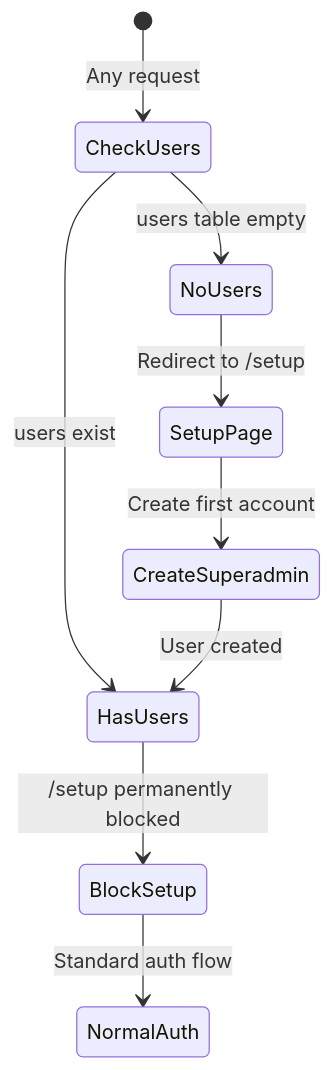
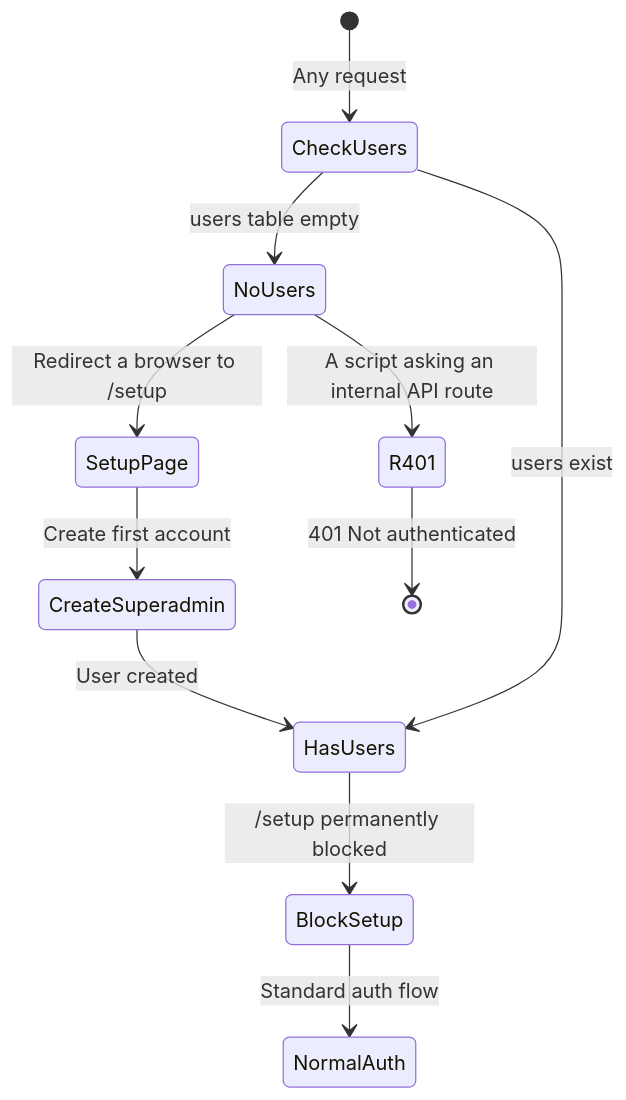
Before and after one commit to gitBoon/DumpFire: diagram 19 of 19 in docs/authentication-security.md, drawn with Mermaid. The commit also changed other lines of this file and 317 other files, not shown here.

````diff
--- a/docs/authentication-security.md
+++ b/docs/authentication-security.md
@@ -167,11 +1579,13 @@
 ```mermaid
 stateDiagram-v2
     [*] --> CheckUsers : Any request
     CheckUsers --> NoUsers : users table empty
     CheckUsers --> HasUsers : users exist
-    NoUsers --> SetupPage : Redirect to /setup
+    NoUsers --> SetupPage : Redirect a browser to /setup
+    NoUsers --> R401 : A script asking an internal API route
+    R401 --> [*] : 401 Not authenticated
     SetupPage --> CreateSuperadmin : Create first account
     CreateSuperadmin --> HasUsers : User created
     HasUsers --> BlockSetup : /setup permanently blocked
     BlockSetup --> NormalAuth : Standard auth flow
 ```
````
